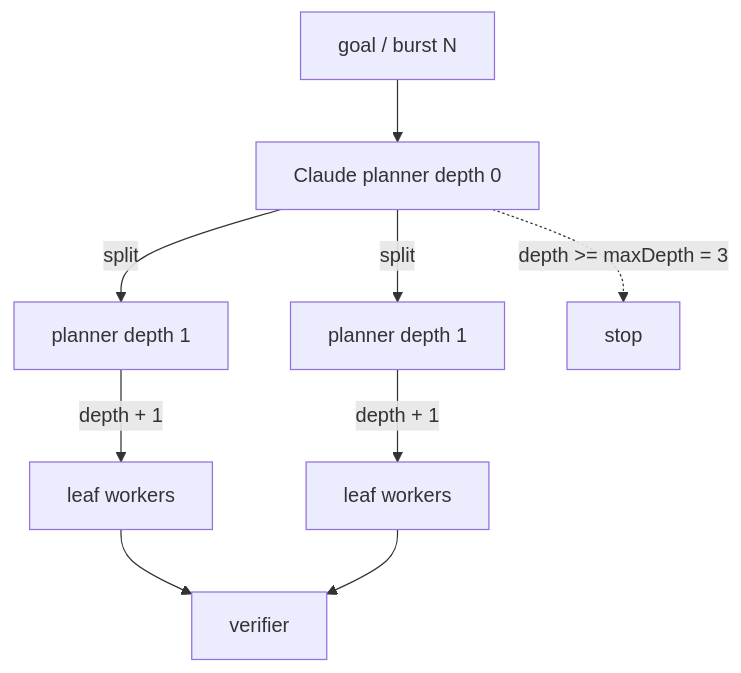
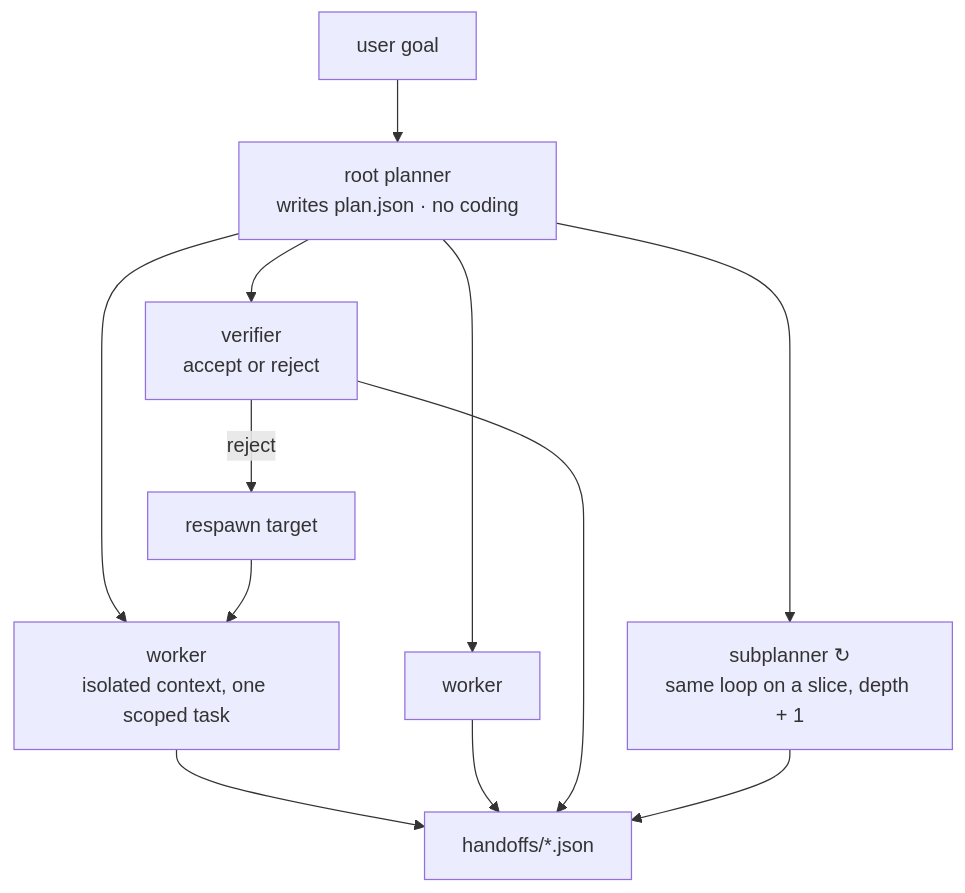
The first of 3 diagrams in README.md (ranjan2829/Alpha-throttle-test), drawn with Mermaid before and after one commit. The commit also changed other lines of this file and 1 other file, not shown here.

First line of the commit message:
Restore the harness README with stats and mermaid graphs

````diff
--- a/README.md
+++ b/README.md
@@ -44,11 +36,14 @@
 ```mermaid
 flowchart TD
-  G["goal / burst N"] --> P0["Claude planner  depth 0"]
-  P0 -->|"split"| P1a["planner  depth 1"]
-  P0 -->|"split"| P1b["planner  depth 1"]
-  P1a -->|"depth + 1"| L1["leaf workers"]
-  P1b -->|"depth + 1"| L2["leaf workers"]
-  L1 --> V["verifier"]
-  L2 --> V
-  P0 -.->|"depth >= maxDepth = 3"| STOP["stop"]
+  G["user goal"] --> P["root planner<br/>writes plan.json  ·  no coding"]
+  P --> W1["worker<br/>isolated context, one scoped task"]
+  P --> W2["worker"]
+  P --> V["verifier<br/>accept or reject"]
+  P --> S["subplanner ↻<br/>same loop on a slice, depth + 1"]
+  W1 --> H["handoffs/*.json"]
+  W2 --> H
+  V --> H
+  S --> H
+  V -->|reject| R["respawn target"]
+  R --> W1
 ```
````
